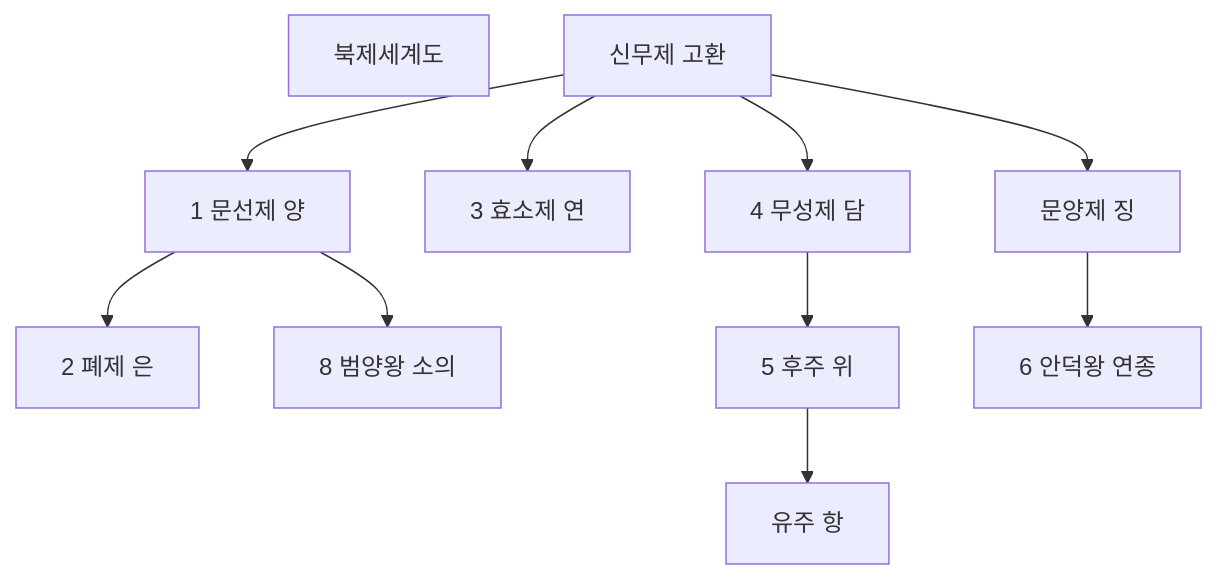
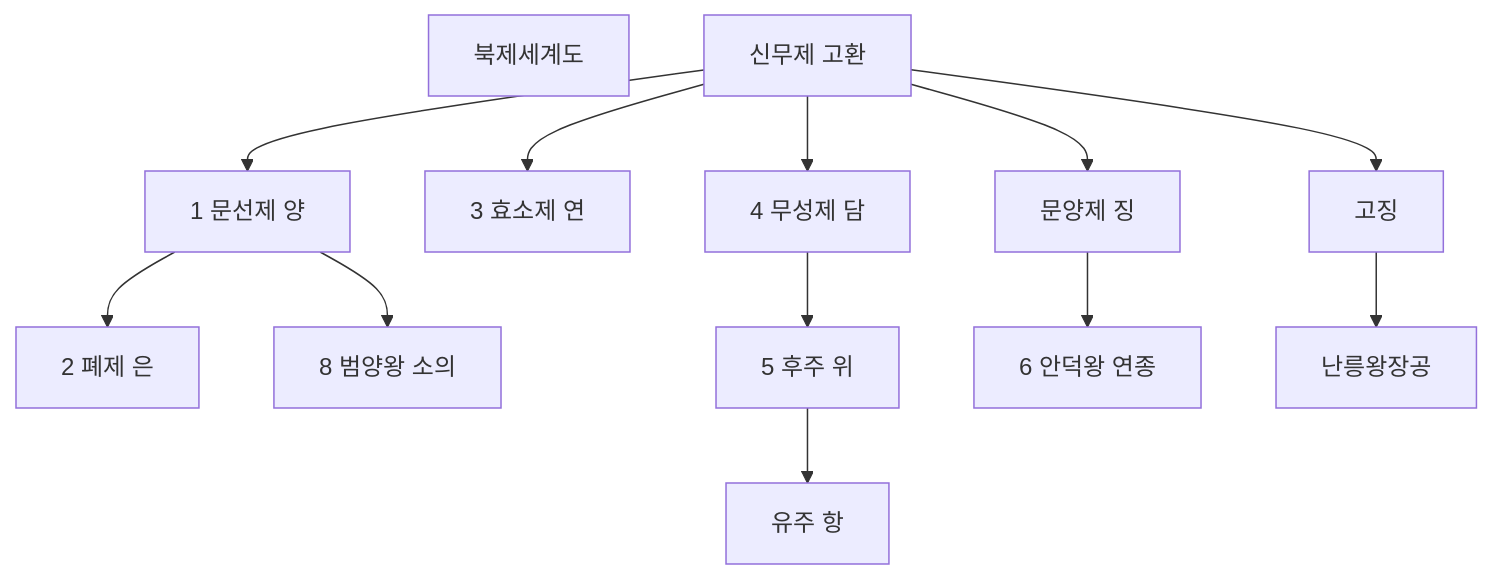
The ninth of 10 diagrams in 중국사/위진남북조2.md (daewonyoon/historigram), drawn with Mermaid before and after one commit. The commit also changed 1 other file, not shown here.

Commit message:
역사...

````diff
--- a/중국사/위진남북조2.md
+++ b/중국사/위진남북조2.md
@@ -296,24 +296,25 @@
 ```mermaid
 graph TB
      북제세계도
      신무["신무제 고환"]
      문선["1 문선제 양"]
      폐["2 폐제 은"]
      효소["3 효소제 연"]
      무성["4 무성제 담"]
      문양["문양제 징"]
      범양["8 범양왕 소의"]
      후주["5 후주 위"]
      유주["유주 항"]
      안덕["6 안덕왕 연종"]
+     신무 --> 고징 --> 난릉왕장공
      신무 --> 문선
      신무 --> 효소
      신무 --> 무성
      신무 --> 문양
      문선 --> 폐
      문선 --> 범양
      무성 --> 후주
      후주 --> 유주
      문양 --> 안덕
      
 ```
````
